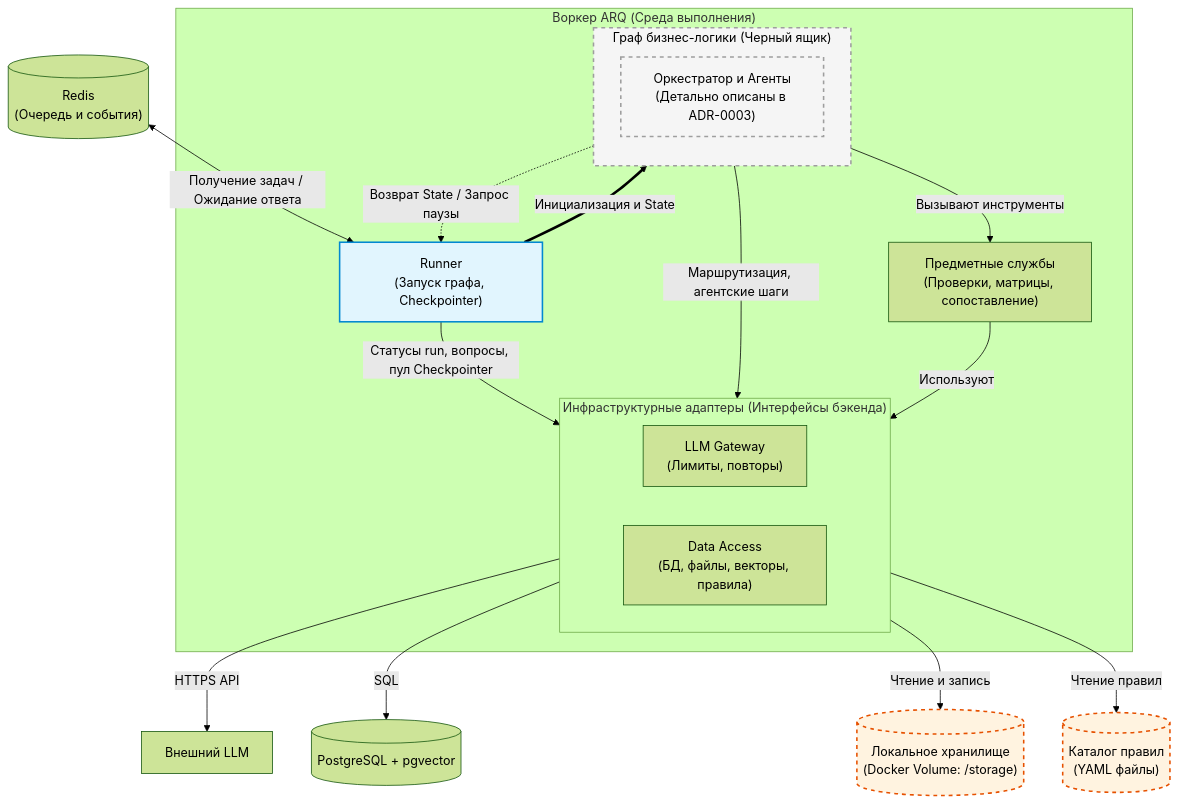
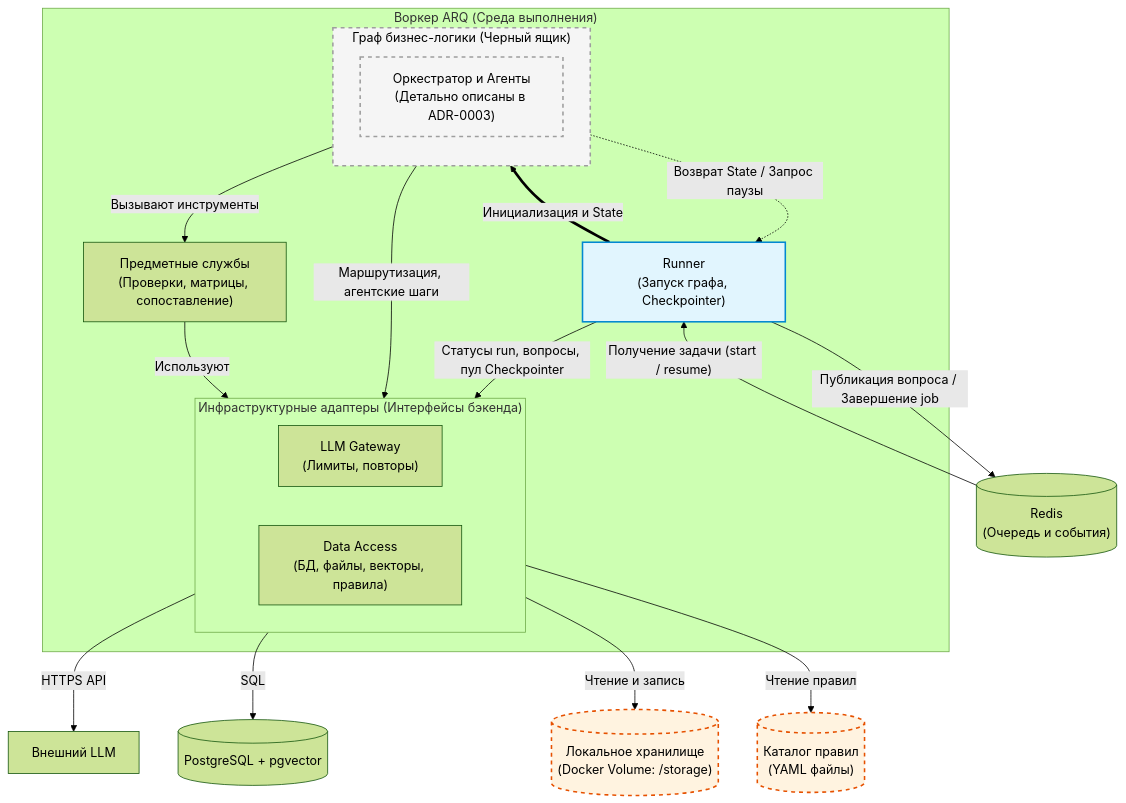
One commit to Apophis142/edu-doc-agent changed the third of 3 diagrams in docs/backend-architecture.md. Above: the diagram before and after it, drawn with Mermaid (forest theme). The commit also changed other lines of this file and 2 other files, not shown here.

Commit message:
docs(architecture): small fixes after review

````diff
--- a/docs/backend-architecture.md
+++ b/docs/backend-architecture.md
@@ -110,52 +111,53 @@
 ```mermaid
 flowchart TB
     REDIS[("Redis<br/>(Очередь и события)")]
 
     subgraph Worker ["Воркер ARQ (Среда выполнения)"]
         RUNNER["Runner<br/>(Запуск графа, Checkpointer)"]
 
         subgraph GraphBox ["Граф бизнес-логики (Черный ящик)"]
             direction TB
             LOGIC["Оркестратор и Агенты<br/>(Детально описаны в ADR-0003)"]
         end
 
         SERVICES["Предметные службы<br/>(Проверки, матрицы, сопоставление)"]
 
         subgraph Shared ["Инфраструктурные адаптеры (Интерфейсы бэкенда)"]
             direction LR
             LLM_GATE["LLM Gateway<br/>(Лимиты, повторы)"]
             DAO["Data Access<br/>(БД, файлы, векторы, правила)"]
         end
 
         RUNNER ==>|Инициализация и State| GraphBox
         GraphBox -.->|Возврат State / Запрос паузы| RUNNER
 
         %% Связи графа с инфраструктурой и сервисами (Правка 5)
         GraphBox -->|Вызывают инструменты| SERVICES
         GraphBox -->|Маршрутизация, агентские шаги| LLM_GATE
 
         SERVICES -->|Используют| Shared
 
         %% Связь раннера с DAO (Правка 4)
         RUNNER -->|Статусы run, вопросы, пул Checkpointer| DAO
     end
 
     DB[("PostgreSQL + pgvector")]
     FS[("Локальное хранилище<br/>(Docker Volume: /storage)")]
     RULES[("Каталог правил<br/>(YAML файлы)")]
     LLM["Внешний LLM"]
 
-    REDIS <-->|Получение задач / Ожидание ответа| RUNNER
+    REDIS -->|"Получение задачи (start / resume)"| RUNNER
+    RUNNER -->|Публикация вопроса / Завершение job| REDIS
 
     LLM_GATE -->|HTTPS API| LLM
     DAO -->|SQL| DB
     DAO -->|Чтение и запись| FS
     DAO -->|Чтение правил| RULES
 
     classDef runner fill:#e1f5fe,stroke:#0288d1,stroke-width:2px,color:#000;
     classDef logic fill:#f5f5f5,stroke:#9e9e9e,stroke-width:2px,stroke-dasharray: 5 5,color:#000;
     classDef files fill:#fff3e0,stroke:#e65100,stroke-width:2px,stroke-dasharray: 5 5,color:#000;
     class RUNNER runner;
     class GraphBox,LOGIC logic;
     class RULES,FS files;
 ```
````
